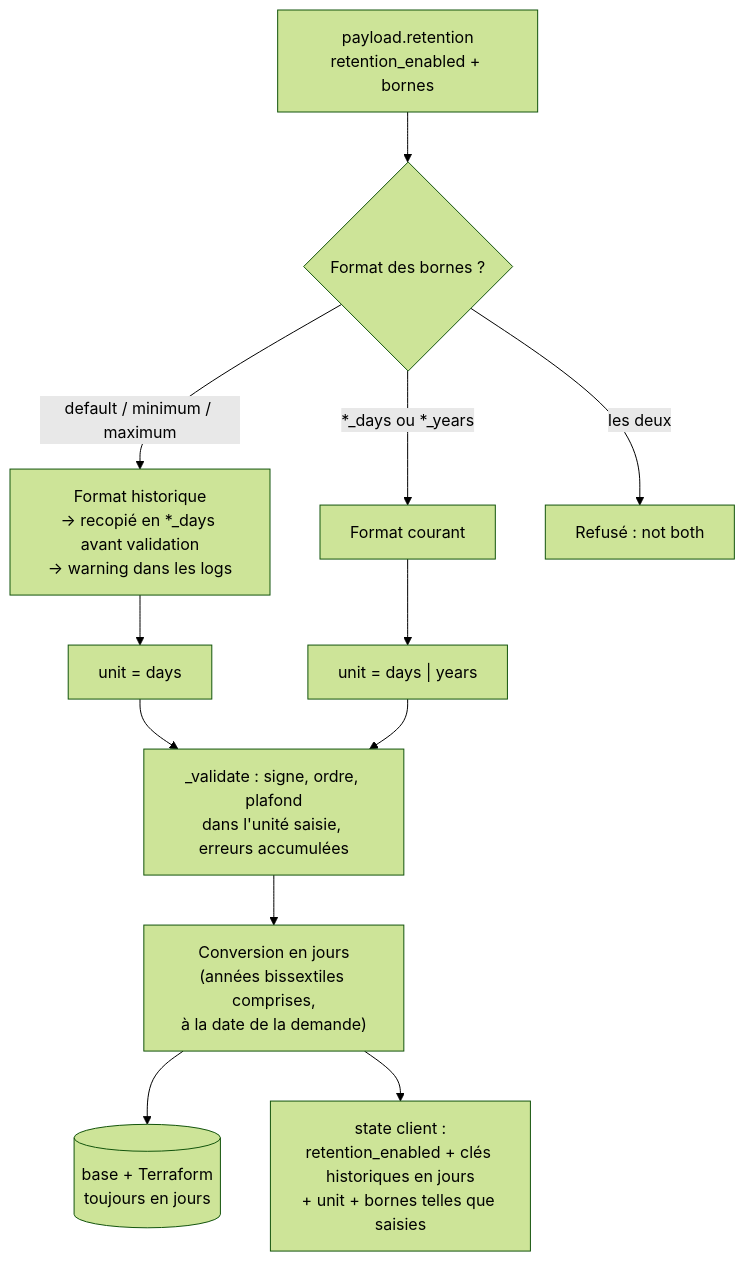
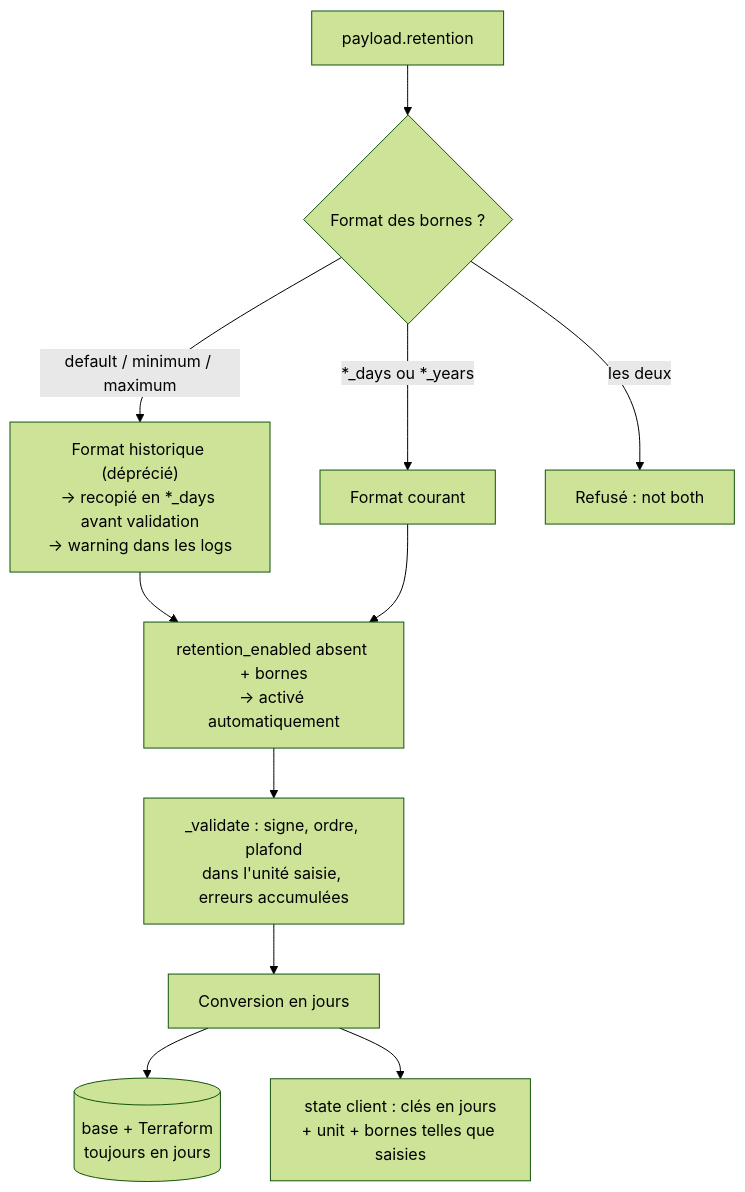
One commit to karimessouabni/cos changed the sixth of 6 diagrams in cos/README.md. Above: the diagram before and after it, drawn with Mermaid (forest theme). The commit also changed other lines of this file, not shown here.

First line of the commit message:
README: describe the whole project, not only retention

````diff
--- a/cos/README.md
+++ b/cos/README.md
@@ -178,14 +262,13 @@
 ```mermaid
 flowchart TD
-    P["payload.retention<br/>retention_enabled + bornes"] --> Q{Format des bornes ?}
-    Q -->|"default / minimum / maximum"| L["Format historique<br/>→ recopié en *_days avant validation<br/>→ warning dans les logs"]
+    P["payload.retention"] --> Q{Format des bornes ?}
+    Q -->|"default / minimum / maximum"| L["Format historique (déprécié)<br/>→ recopié en *_days avant validation<br/>→ warning dans les logs"]
     Q -->|"*_days ou *_years"| N["Format courant"]
     Q -->|"les deux"| R["Refusé : not both"]
-    L --> U["unit = days"]
-    N --> U2["unit = days | years"]
-    U --> C["_validate : signe, ordre, plafond<br/>dans l'unité saisie, erreurs accumulées"]
-    U2 --> C
-    C --> J["Conversion en jours<br/>(années bissextiles comprises,<br/>à la date de la demande)"]
+    L --> A["retention_enabled absent + bornes<br/>→ activé automatiquement"]
+    N --> A
+    A --> C["_validate : signe, ordre, plafond<br/>dans l'unité saisie, erreurs accumulées"]
+    C --> J["Conversion en jours"]
     J --> DB[("base + Terraform<br/>toujours en jours")]
-    J --> ST["state client :<br/>retention_enabled + clés historiques en jours<br/>+ unit + bornes telles que saisies"]
+    J --> ST["state client : clés en jours<br/>+ unit + bornes telles que saisies"]
 ```
````
